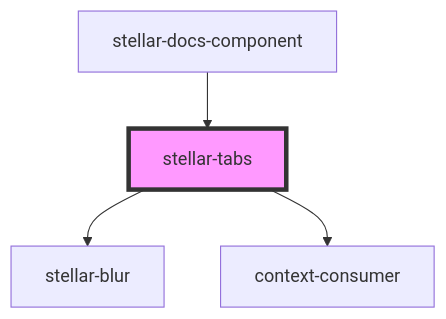
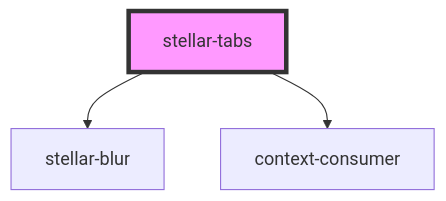
Before and after one commit to splitinfinities/Stellar: the diagram in src/components/ui/tabs/readme.md, drawn with Mermaid. The commit also changed other lines of this file and 58 other files, not shown here.

````diff
--- a/src/components/ui/tabs/readme.md
+++ b/src/components/ui/tabs/readme.md
@@ -241,7 +237,6 @@
 ```mermaid
 graph TD;
   stellar-tabs --> stellar-blur
   stellar-tabs --> context-consumer
-  stellar-docs-component --> stellar-tabs
   style stellar-tabs fill:#f9f,stroke:#333,stroke-width:4px
 ```
````
